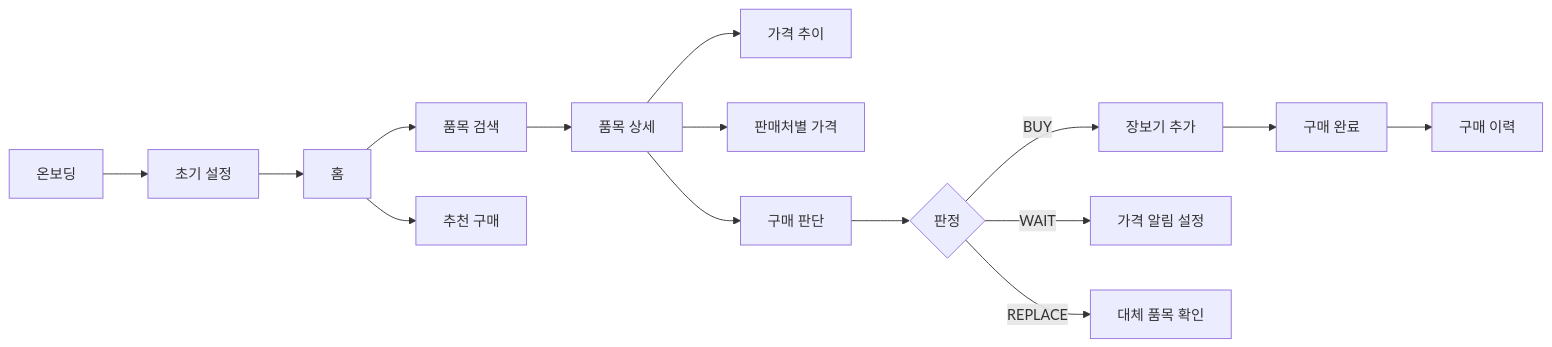
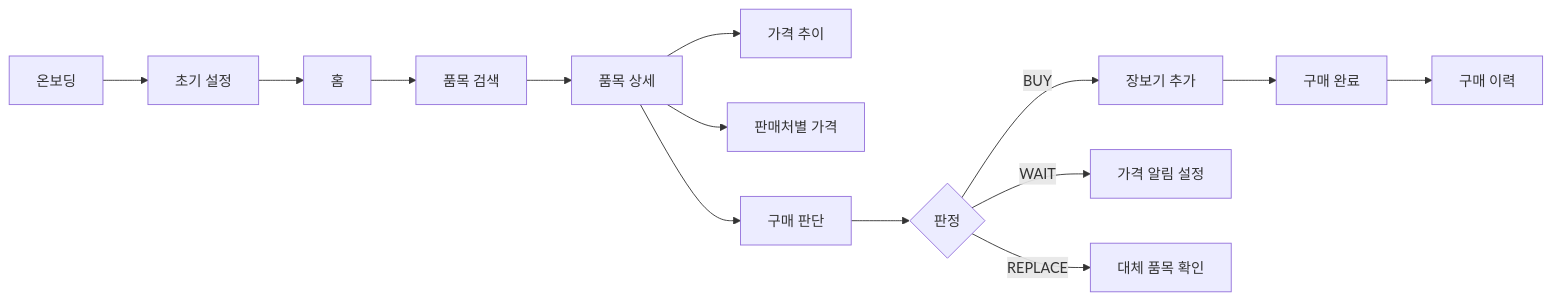
The diagram in README.md (yunjinhwa/jachwijalhae), drawn with Mermaid before and after one commit. The commit also changed other lines of this file, not shown here.

````diff
--- a/README.md
+++ b/README.md
@@ -86,17 +23,16 @@
 ```mermaid
 flowchart LR
     A[온보딩] --> B[초기 설정]
     B --> C[홈]
     C --> D[품목 검색]
-    C --> E[추천 구매]
-    D --> F[품목 상세]
-    F --> G[가격 추이]
-    F --> H[판매처별 가격]
-    F --> I[구매 판단]
-    I --> J{판정}
-    J -->|BUY| K[장보기 추가]
-    J -->|WAIT| L[가격 알림 설정]
-    J -->|REPLACE| M[대체 품목 확인]
-    K --> N[구매 완료]
-    N --> O[구매 이력]
+    D --> E[품목 상세]
+    E --> F[가격 추이]
+    E --> G[판매처별 가격]
+    E --> H[구매 판단]
+    H --> I{판정}
+    I -->|BUY| J[장보기 추가]
+    I -->|WAIT| K[가격 알림 설정]
+    I -->|REPLACE| L[대체 품목 확인]
+    J --> M[구매 완료]
+    M --> N[구매 이력]
 ```
````
